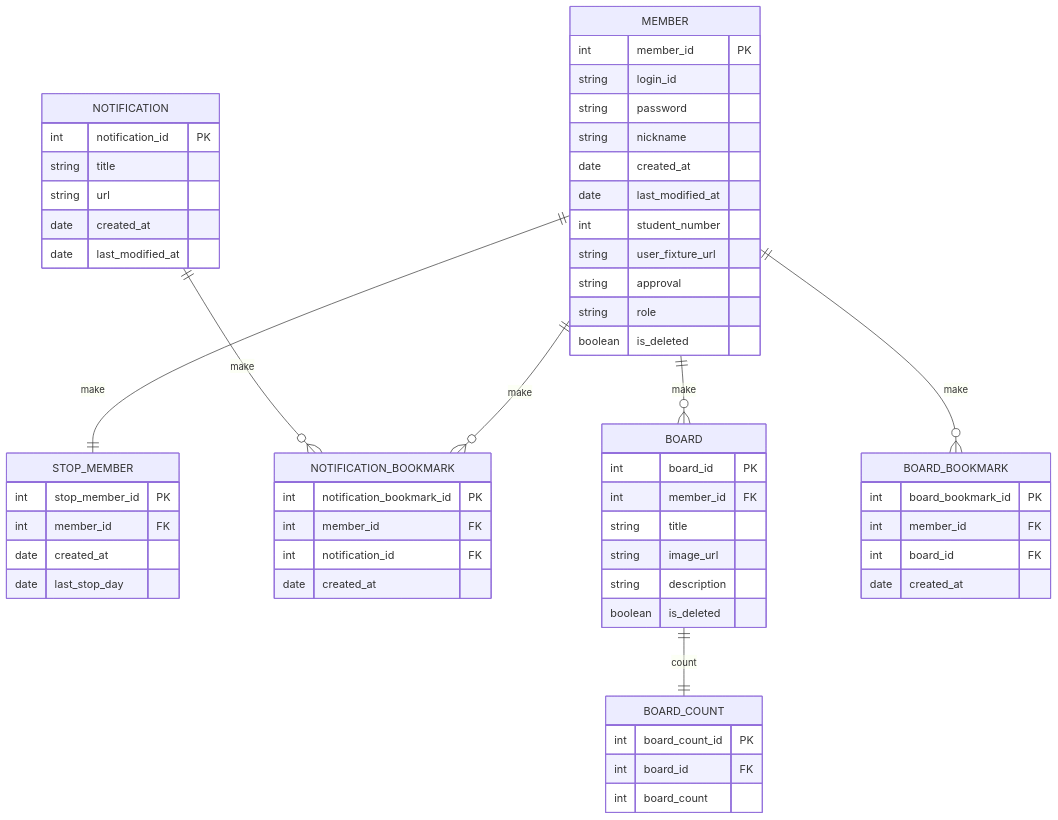
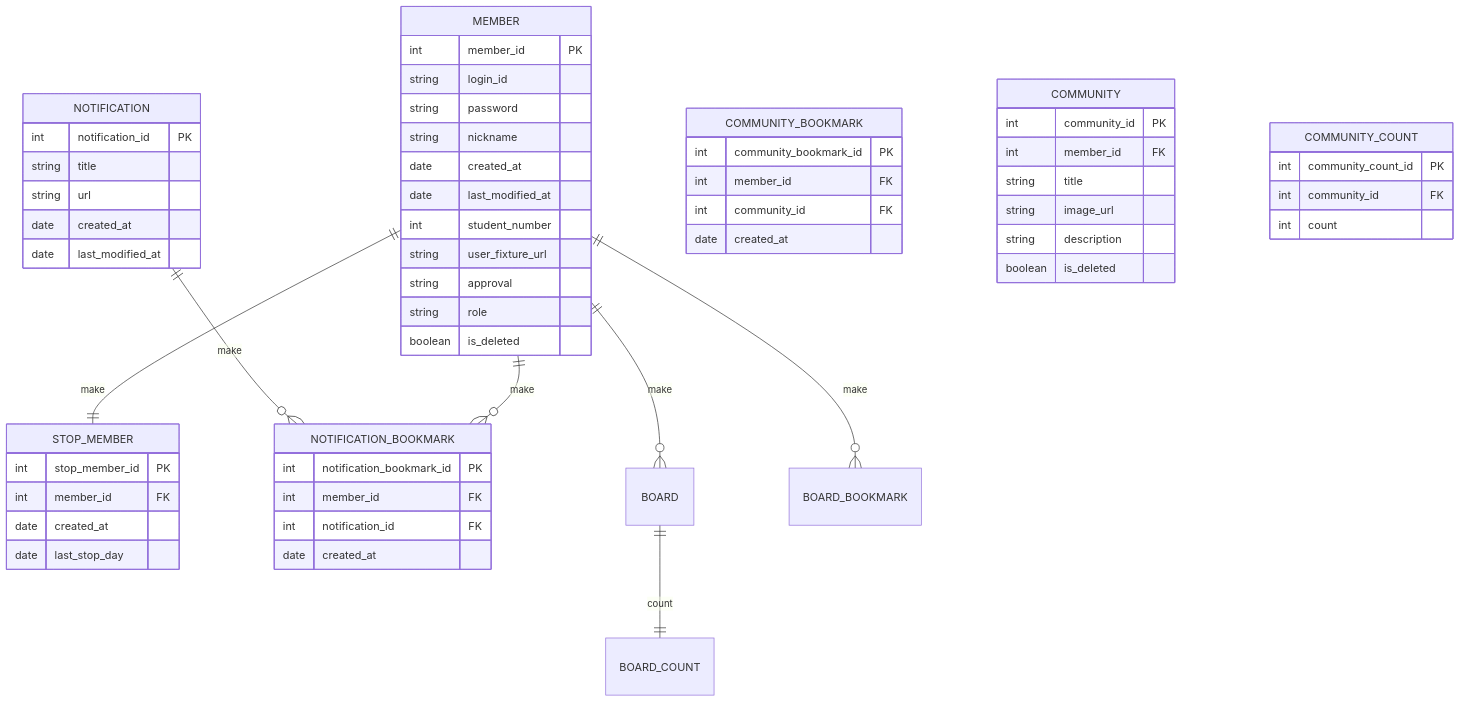
The second of 2 diagrams in README.md (android-project-04/cbnu-sw-alrami), drawn with Mermaid before and after one commit.

````diff
--- a/README.md
+++ b/README.md
@@ -68,67 +68,67 @@
 ``` mermaid
 erDiagram
     MEMBER ||--|| STOP_MEMBER : make
     MEMBER ||--o{ NOTIFICATION_BOOKMARK : make
     NOTIFICATION ||--o{ NOTIFICATION_BOOKMARK : make
     MEMBER ||--o{ BOARD : make
     MEMBER ||--o{ BOARD_BOOKMARK : make
     BOARD ||--|| BOARD_COUNT : count
 
     MEMBER {
         int member_id PK
         string login_id
         string password
         string nickname
         date created_at
         date last_modified_at
         int student_number
         string user_fixture_url
         string approval
         string role
         boolean is_deleted
     }
 
     STOP_MEMBER {
         int stop_member_id PK
         int member_id FK
         date created_at
         date last_stop_day
     }
 
     NOTIFICATION_BOOKMARK {
         int notification_bookmark_id PK
         int member_id FK
         int notification_id FK
         date created_at
     }
 
     NOTIFICATION {
         int notification_id PK
         string title
         string url
         date created_at
         date last_modified_at
     }
 
-    BOARD_BOOKMARK {
-        int board_bookmark_id PK
+    COMMUNITY_BOOKMARK {
+        int community_bookmark_id PK
         int member_id FK
-        int board_id FK
+        int community_id FK
         date created_at
     }
 
-    BOARD {
-        int board_id PK
+    COMMUNITY {
+        int community_id PK
         int member_id FK
         string title 
         string image_url
         string description
         boolean is_deleted
     }
 
-    BOARD_COUNT {
-        int board_count_id PK
-        int board_id FK
-        int board_count
+    COMMUNITY_COUNT {
+        int community_count_id PK
+        int community_id FK
+        int count
     }
 ```
````
